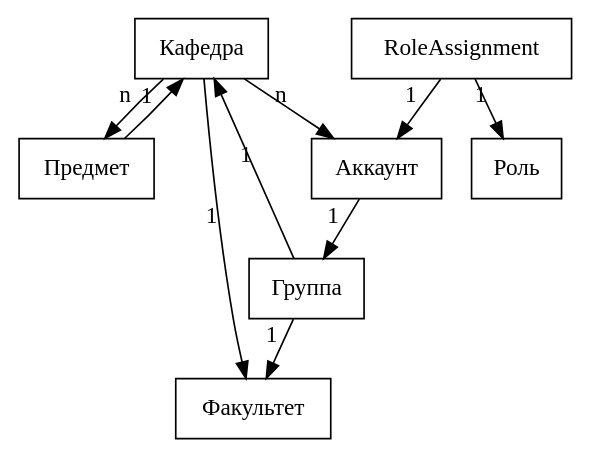
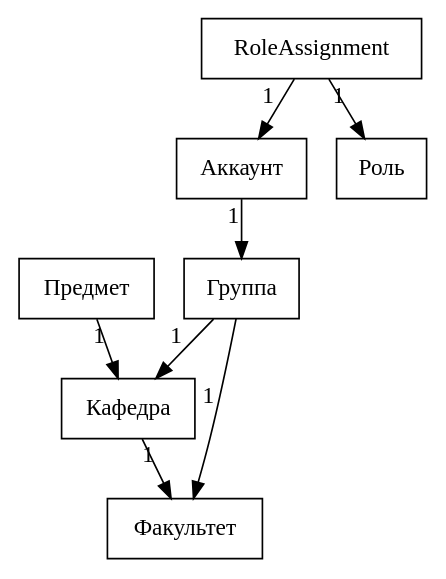
Before and after one commit to NetCrackerO2/ScheduleProject: the diagram in graph.dot, drawn with Graphviz. The commit also changed 1 other file, not shown here.

Commit message:
Graph update

```diff
--- a/graph.dot
+++ b/graph.dot
@@ -1,15 +1,14 @@
 digraph G {
 	node [shape="box"];
 	{
 		edge[xlabel="n",];
-		Кафедра->{Аккаунт,Предмет};
 	}
 	{
 		edge[xlabel="1"];
 		Кафедра->Факультет;
 		Группа->{Факультет,Кафедра};
 		Аккаунт->Группа;
 		RoleAssignment->{Аккаунт,Роль};
 		Предмет->Кафедра;
 	}
 }
```
